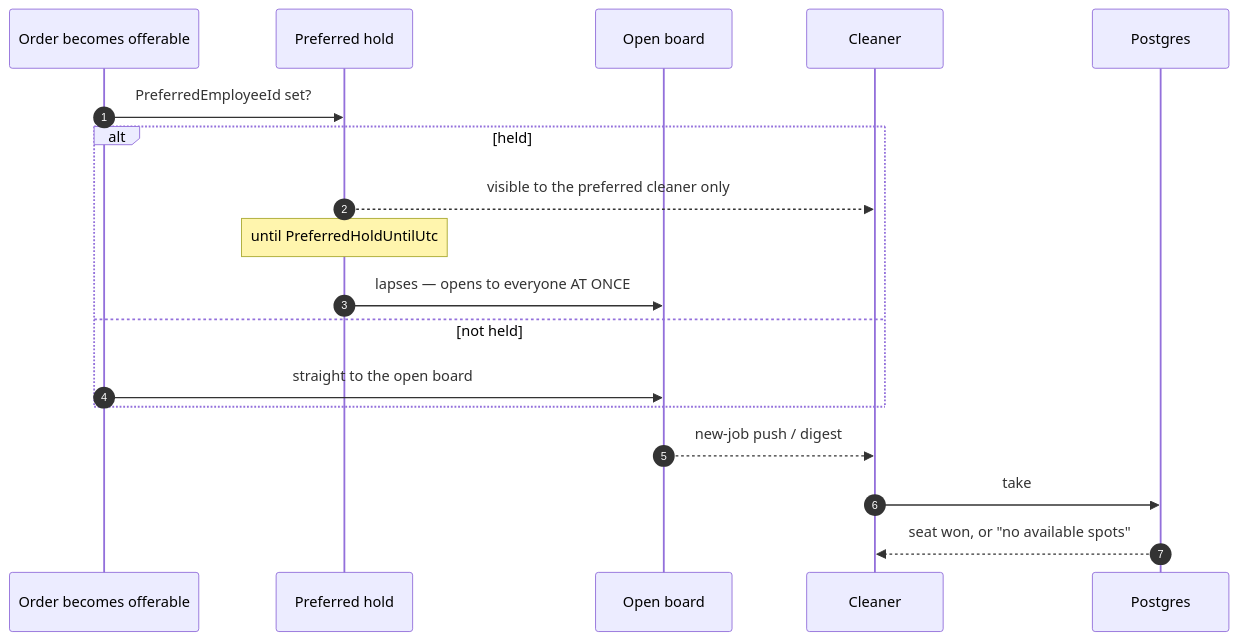
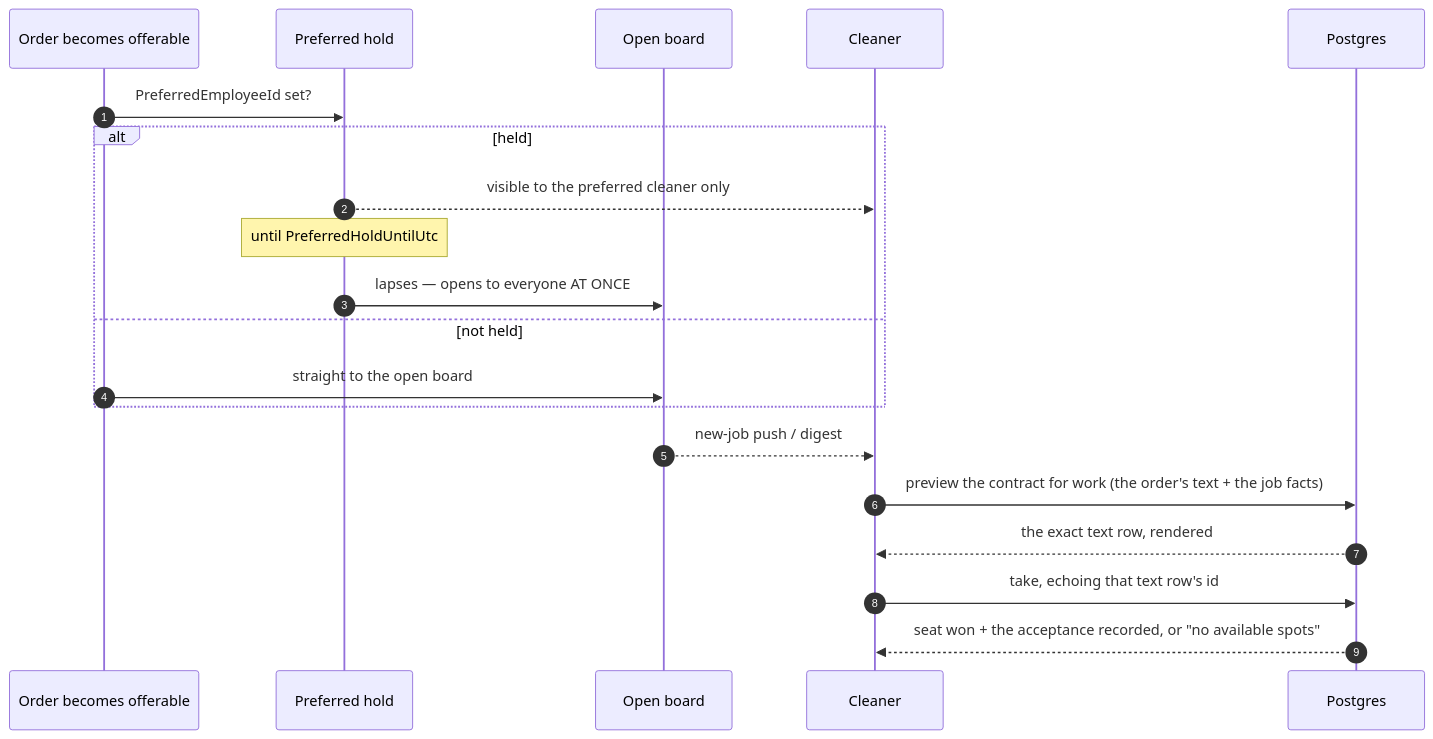
The diagram in docs/flows/offerability-and-take.md (VM-s-Solutions/cleansia), drawn with Mermaid before and after one commit. The commit also changed other lines of this file and 43 other files, not shown here.

````diff
--- a/docs/flows/offerability-and-take.md
+++ b/docs/flows/offerability-and-take.md
@@ -9,21 +9,23 @@
 ```mermaid
 sequenceDiagram
   autonumber
   participant O as Order becomes offerable
   participant H as Preferred hold
   participant B as Open board
   participant C as Cleaner
   participant DB as Postgres
 
   O->>H: PreferredEmployeeId set?
   alt held
     H-->>C: visible to the preferred cleaner only
     Note over H: until PreferredHoldUntilUtc
     H->>B: lapses — opens to everyone AT ONCE
   else not held
     O->>B: straight to the open board
   end
   B-->>C: new-job push / digest
-  C->>DB: take
-  DB-->>C: seat won, or "no available spots"
+  C->>DB: preview the contract for work (the order's text + the job facts)
+  DB-->>C: the exact text row, rendered
+  C->>DB: take, echoing that text row's id
+  DB-->>C: seat won + the acceptance recorded, or "no available spots"
 ```
````
